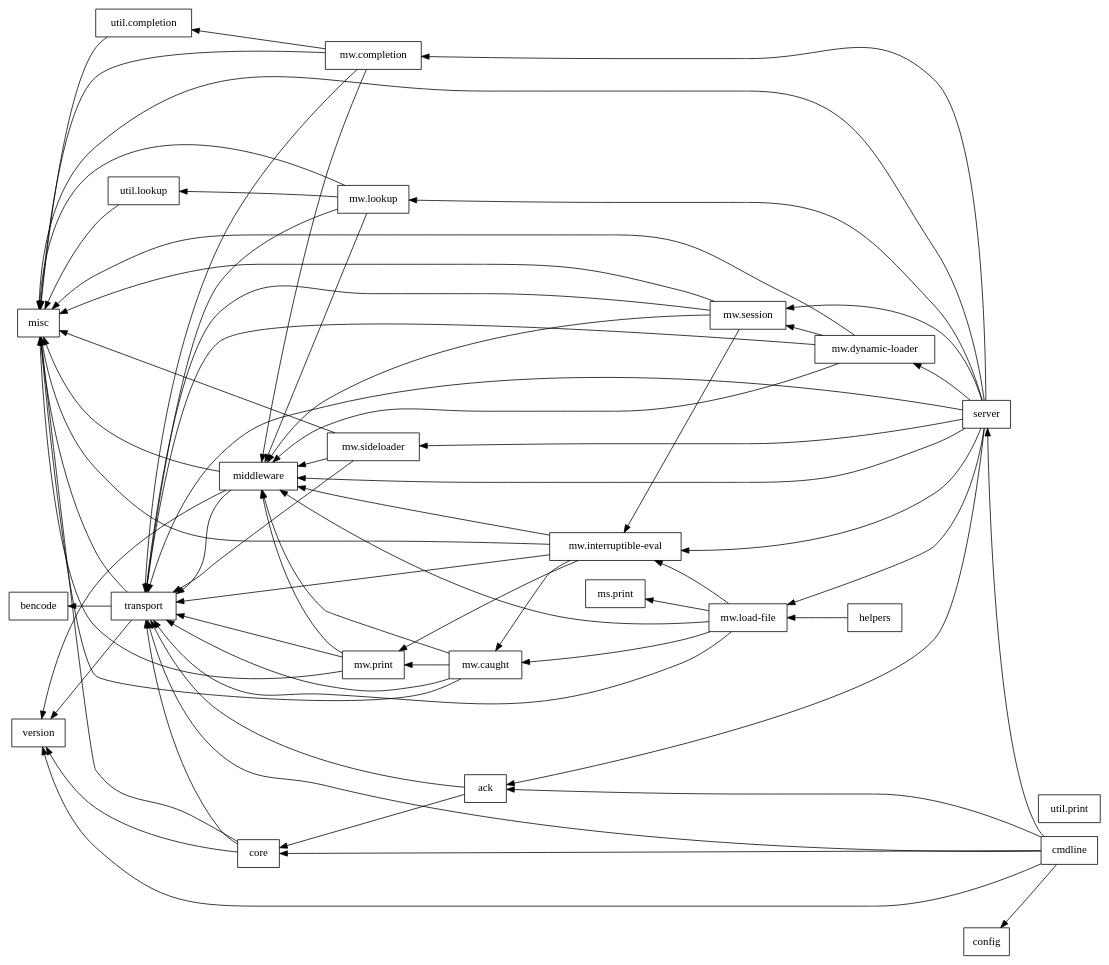
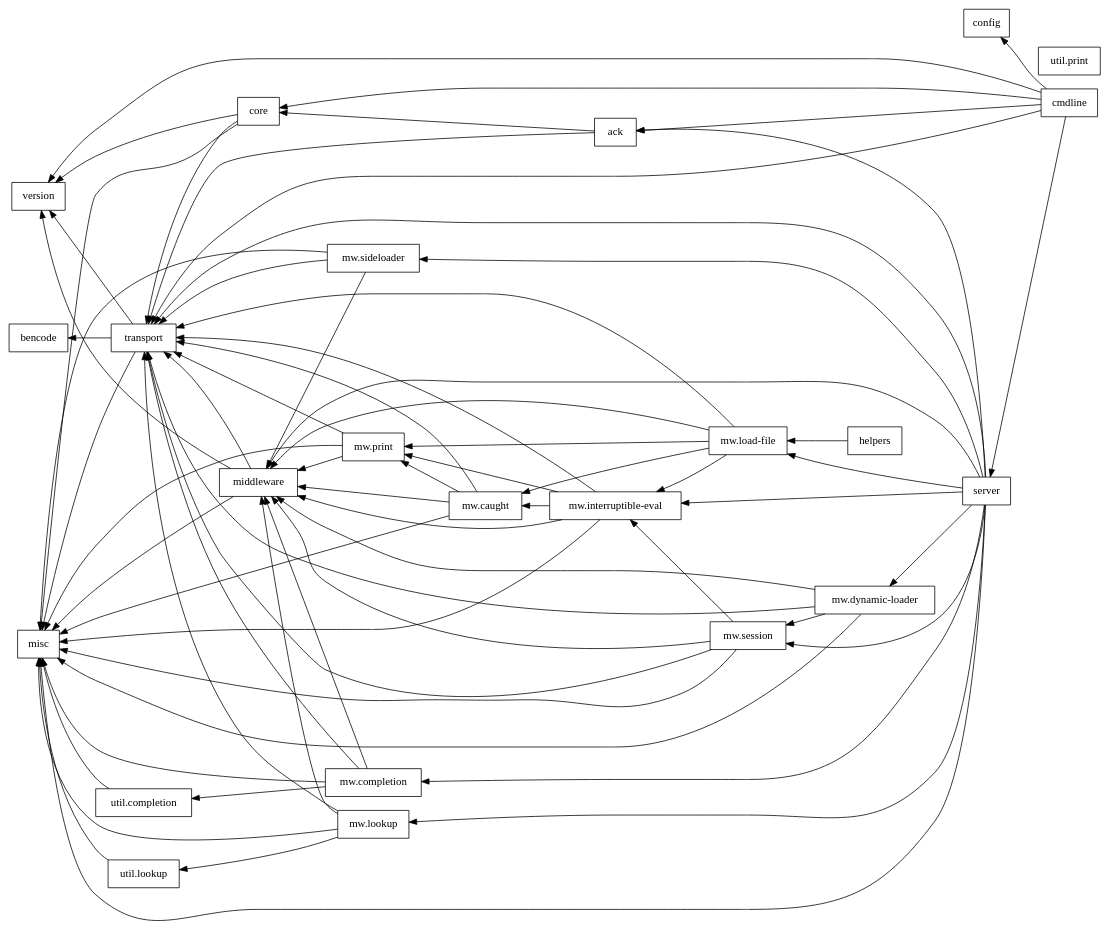
The diagram in docs/deps.dot (clojure/clr.tools.nrepl), drawn with Graphviz before and after one commit. The commit also changed 1 other file, not shown here.

Commit message:
Fix typo in dependencies graph

```diff
--- a/docs/deps.dot
+++ b/docs/deps.dot
@@ -1,54 +1,54 @@
 strict digraph G {
 
 rankdir = RL;
 
 /* here start the interfaces */
 
 node [shape=box];
 
 
 	bencode;
 	config;
 	misc;
 		version;
 			middleware -> { misc, transport, version};
 
 	transport -> {bencode, misc, version};
 
 		
 
 	
 	
 
 	helpers -> { "mw.load-file" }
 	server -> {ack, middleware, "mw.dynamic-loader", "mw.completion", 
 				"mw.interruptible-eval", "mw.load-file", 
 				"mw.lookup", "mw.session", "mw.sideloader", misc, transport};
 
 
 
 	"util.completion" -> {misc};
 	"util.lookup" -> {misc};
 	"util.print";
 
 	
 
 	"mw.caught" -> {middleware, "mw.print", misc, transport};
 	"mw.completion" -> {"util.completion", middleware, misc, transport};
 	"mw.dynamic-loader" -> {middleware, "mw.session", misc, transport};
 	"mw.interruptible-eval" -> {middleware, "mw.caught", "mw.print", misc, transport};
-	"mw.load-file" -> {middleware, "mw.caught", "mw.interruptible-eval", "ms.print", transport};
+	"mw.load-file" -> {middleware, "mw.caught", "mw.interruptible-eval", "mw.print", transport};
 	"mw.lookup" -> {middleware, misc, "util.lookup", transport};
 	"mw.print" -> {middleware, misc, transport};
 	"mw.session" -> {middleware "mw.interruptible-eval", misc, transport};
 	"mw.sideloader" -> {middleware, misc, transport};
 	
 
 	ack -> {core, transport };
 
 	cmdline -> {config, core, ack, server, transport, version};
 
 	core -> { misc, transport, version };
 
 	
 	}
```
